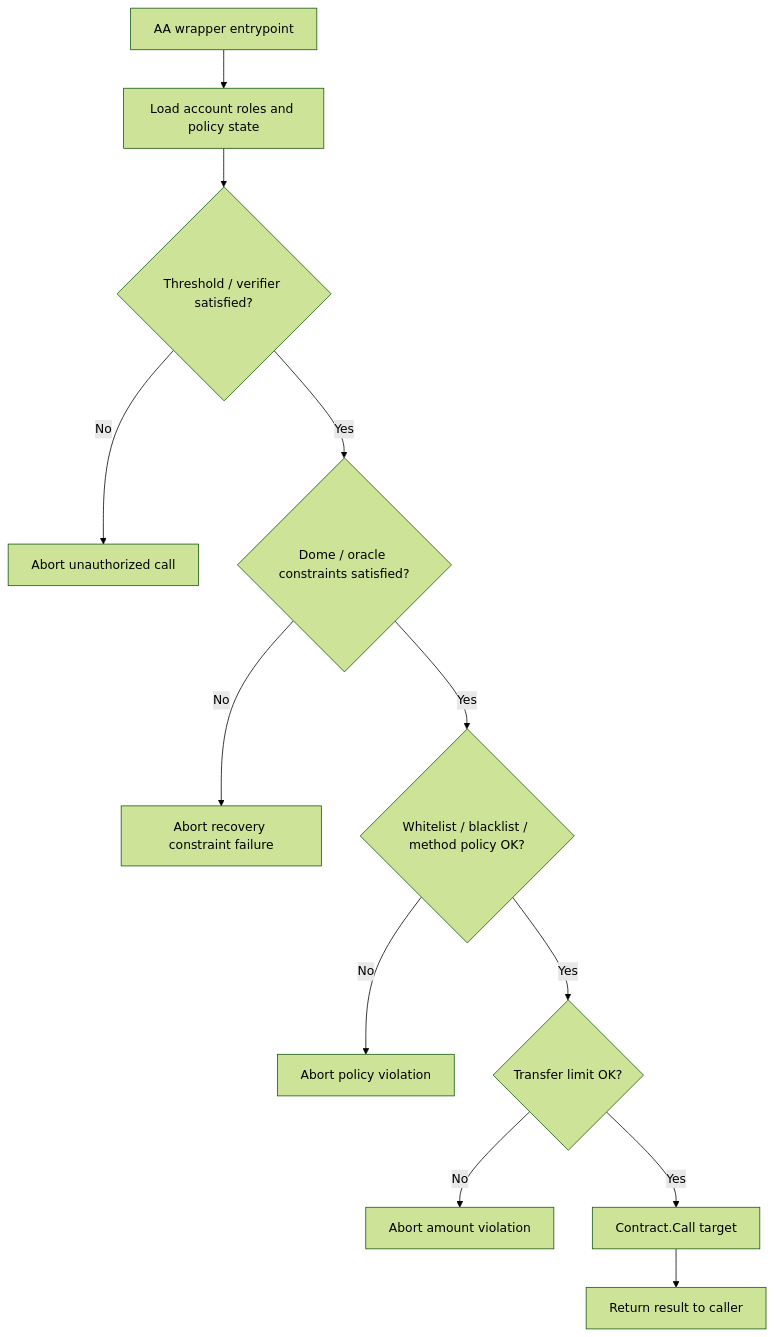
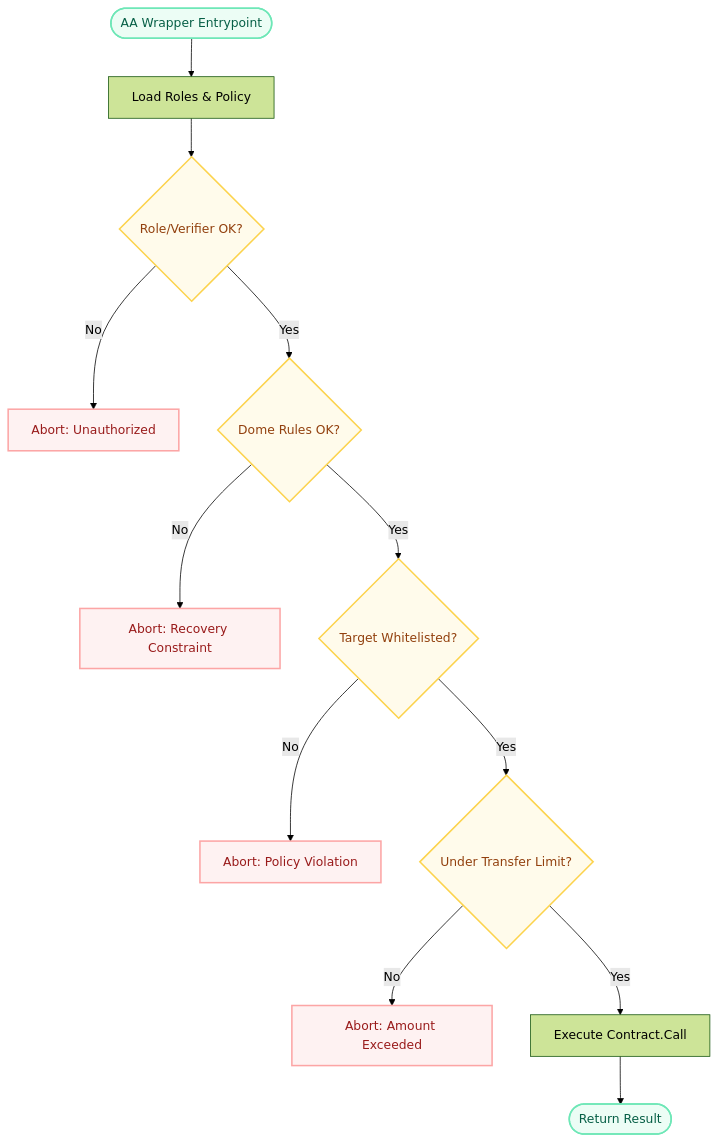
The third of 3 diagrams in docs/architecture.md (r3e-network/neo-abstract-account), drawn with Mermaid (forest theme) before and after one commit. The commit also changed other lines of this file and 9 other files, not shown here.

````diff
--- a/docs/architecture.md
+++ b/docs/architecture.md
@@ -64,14 +94,27 @@
 ```mermaid
 flowchart TD
-  Entry[AA wrapper entrypoint] --> Load[Load account roles and policy state]
-  Load --> RoleCheck{Threshold / verifier satisfied?}
-  RoleCheck -- No --> RejectA[Abort unauthorized call]
-  RoleCheck -- Yes --> DomeCheck{Dome / oracle constraints satisfied?}
-  DomeCheck -- No --> RejectB[Abort recovery constraint failure]
-  DomeCheck -- Yes --> PolicyCheck{Whitelist / blacklist / method policy OK?}
-  PolicyCheck -- No --> RejectC[Abort policy violation]
-  PolicyCheck -- Yes --> LimitCheck{Transfer limit OK?}
-  LimitCheck -- No --> RejectD[Abort amount violation]
-  LimitCheck -- Yes --> CallTarget[Contract.Call target]
-  CallTarget --> Return[Return result to caller]
+  Entry([AA Wrapper Entrypoint]) --> Load[Load Roles & Policy]
+  Load --> RoleCheck{Role/Verifier OK?}
+  
+  RoleCheck -- No --> RejectA[Abort: Unauthorized]
+  RoleCheck -- Yes --> DomeCheck{Dome Rules OK?}
+  
+  DomeCheck -- No --> RejectB[Abort: Recovery Constraint]
+  DomeCheck -- Yes --> PolicyCheck{Target Whitelisted?}
+  
+  PolicyCheck -- No --> RejectC[Abort: Policy Violation]
+  PolicyCheck -- Yes --> LimitCheck{Under Transfer Limit?}
+  
+  LimitCheck -- No --> RejectD[Abort: Amount Exceeded]
+  LimitCheck -- Yes --> CallTarget[Execute Contract.Call]
+  
+  CallTarget --> Return([Return Result])
+
+  classDef decision fill:#fffbeb,stroke:#fcd34d,stroke-width:2px,color:#92400e
+  classDef terminal fill:#fef2f2,stroke:#fca5a5,stroke-width:2px,color:#991b1b
+  classDef success fill:#ecfdf5,stroke:#6ee7b7,stroke-width:2px,color:#065f46
+  
+  class RoleCheck,DomeCheck,PolicyCheck,LimitCheck decision
+  class RejectA,RejectB,RejectC,RejectD terminal
+  class Entry,Return success
 ```
````
